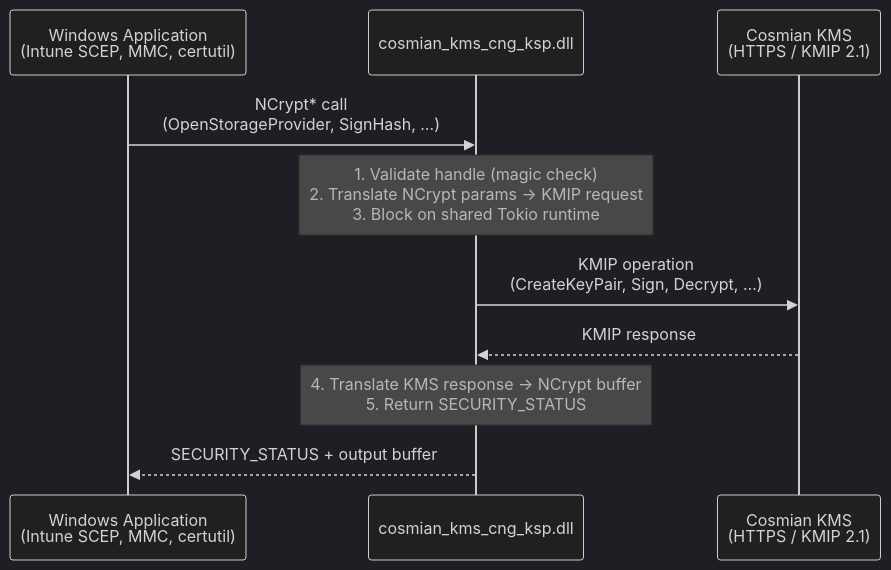
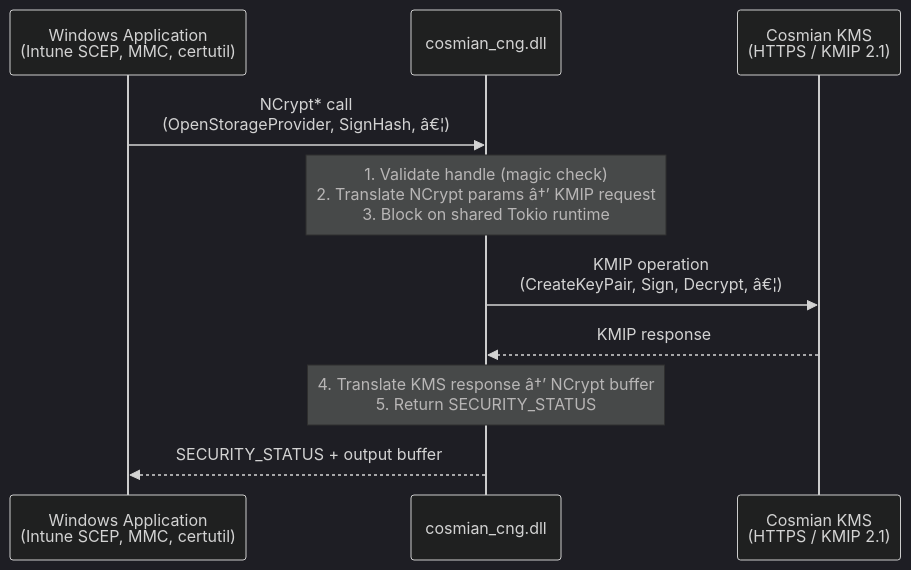
One commit to Cosmian/kms changed the second of 7 diagrams in documentation/docs/integrations/cloud_providers/microsoft/windows_cng_ksp.md. Above: the diagram before and after it, drawn with Mermaid (dark theme). The commit also changed other lines of this file and 12 other files, not shown here.

Commit message:
refactor: rename cosmian_kms_cng_ksp to cosmian_cng and cosmian_kms_cng_ksp_verify to cosmian_cng_verify

````diff
--- a/documentation/docs/integrations/cloud_providers/microsoft/windows_cng_ksp.md
+++ b/documentation/docs/integrations/cloud_providers/microsoft/windows_cng_ksp.md
@@ -125,13 +125,13 @@
 ```mermaid
 sequenceDiagram
     participant App as Windows Application<br/>(Intune SCEP, MMC, certutil)
-    participant DLL as cosmian_kms_cng_ksp.dll
+    participant DLL as cosmian_cng.dll
     participant KMS as Cosmian KMS<br/>(HTTPS / KMIP 2.1)
 
-    App->>DLL: NCrypt* call<br/>(OpenStorageProvider, SignHash, …)
-    Note over DLL: 1. Validate handle (magic check)<br/>2. Translate NCrypt params → KMIP request<br/>3. Block on shared Tokio runtime
-    DLL->>KMS: KMIP operation<br/>(CreateKeyPair, Sign, Decrypt, …)
+    App->>DLL: NCrypt* call<br/>(OpenStorageProvider, SignHash, â€¦)
+    Note over DLL: 1. Validate handle (magic check)<br/>2. Translate NCrypt params â†’ KMIP request<br/>3. Block on shared Tokio runtime
+    DLL->>KMS: KMIP operation<br/>(CreateKeyPair, Sign, Decrypt, â€¦)
     KMS-->>DLL: KMIP response
-    Note over DLL: 4. Translate KMS response → NCrypt buffer<br/>5. Return SECURITY_STATUS
+    Note over DLL: 4. Translate KMS response â†’ NCrypt buffer<br/>5. Return SECURITY_STATUS
     DLL-->>App: SECURITY_STATUS + output buffer
 ```
````
